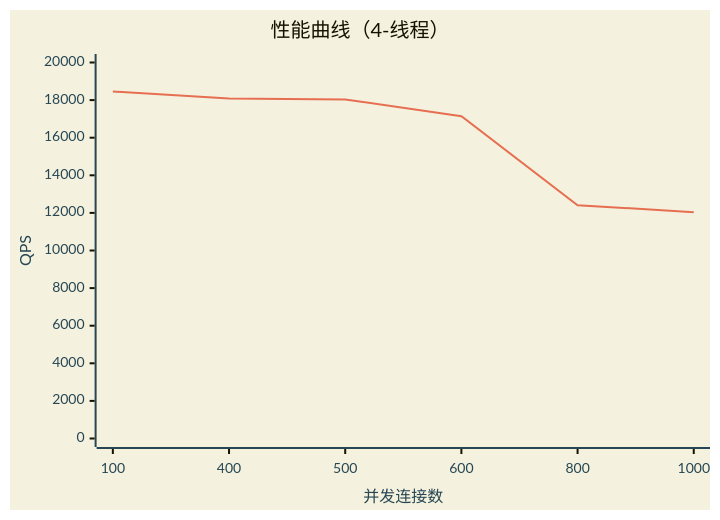
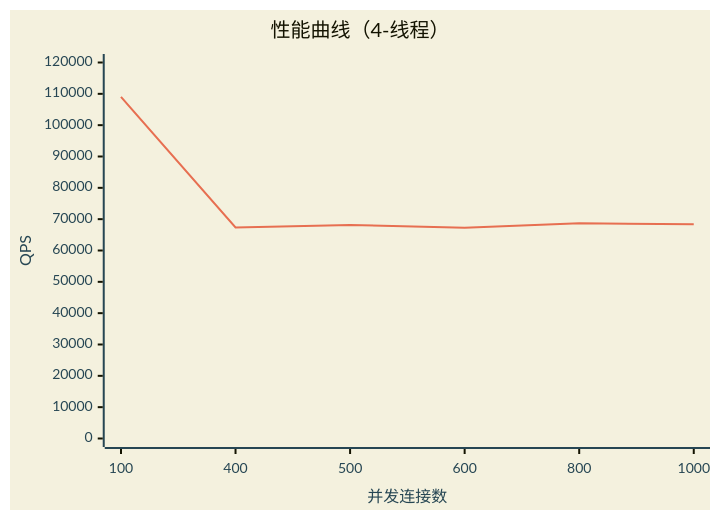
The first of 4 diagrams in stress-test/neo-stress-test.md (iLogIng/http_server), drawn with Mermaid before and after one commit. The commit also changed other lines of this file, not shown here.

````diff
--- a/stress-test/neo-stress-test.md
+++ b/stress-test/neo-stress-test.md
@@ -299,24 +279,24 @@
 ```mermaid
 %%{
   init: {
     'theme': 'base',
     'themeVariables': {
       'xyChart': {
         'plotColorPalette': '#E76F51, #2A9D8F, #F4A261',
         'xAxisLineColor': '#264653',
         'yAxisLineColor': '#264653',
         'xAxisTitleColor': '#264653',
         'yAxisTitleColor': '#264653',
         'xAxisLabelColor': '#264653',
         'yAxisLabelColor': '#264653',
         'backgroundColor': '#F4F1DE'
       }
     }
   }
 }%%
 xychart-beta
     title "性能曲线（4-线程）"
     x-axis "并发连接数" [100, 400, 500, 600, 800, 1000]
-    y-axis "QPS" 0 --> 20000
-    line "4-线程 QPS" [18459, 18081, 18036, 17147, 12410, 12039]
+    y-axis "QPS" 0 --> 120000
+    line "4-线程 QPS" [109014, 67369, 68167, 67254, 68674, 68352]
 ```
````
